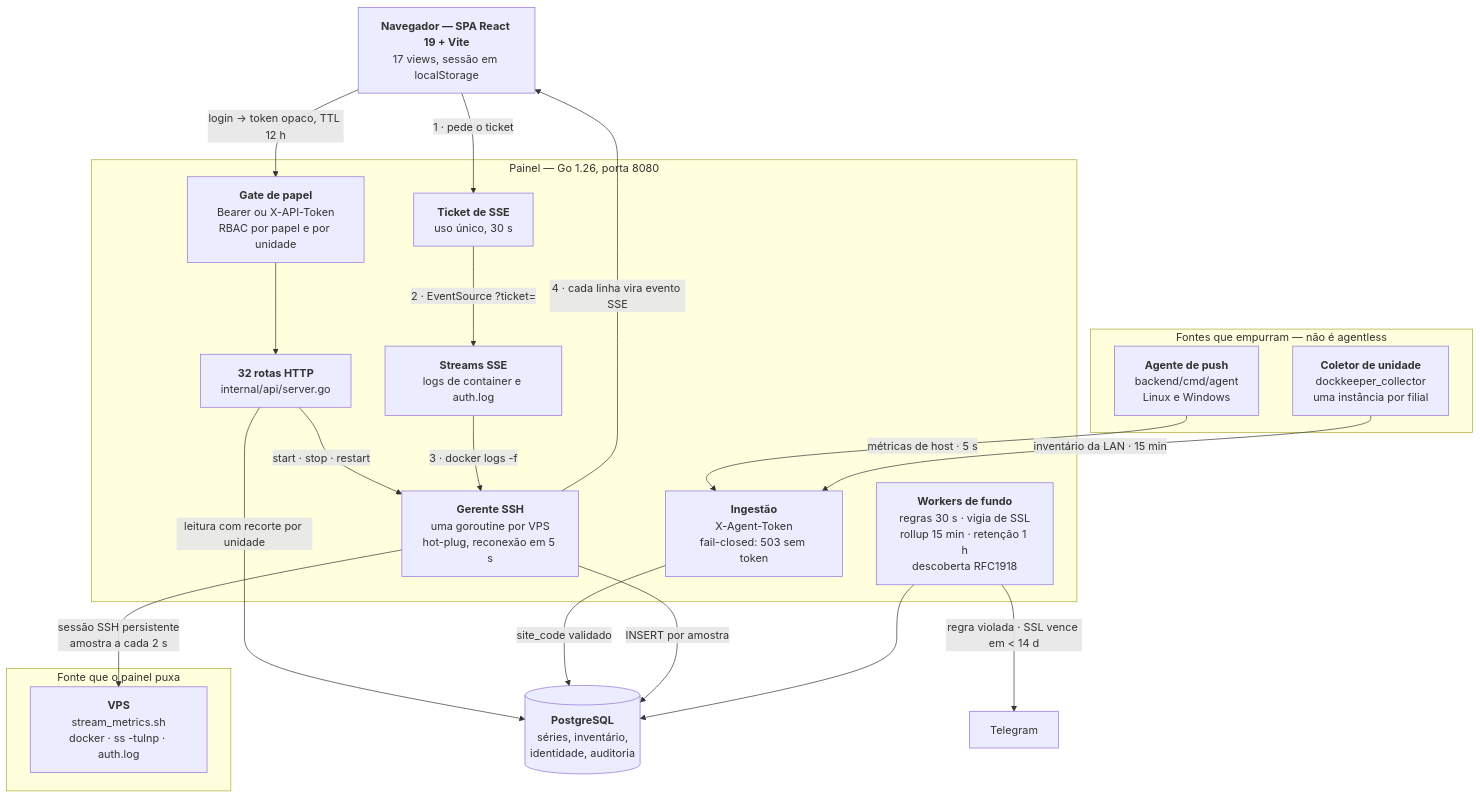
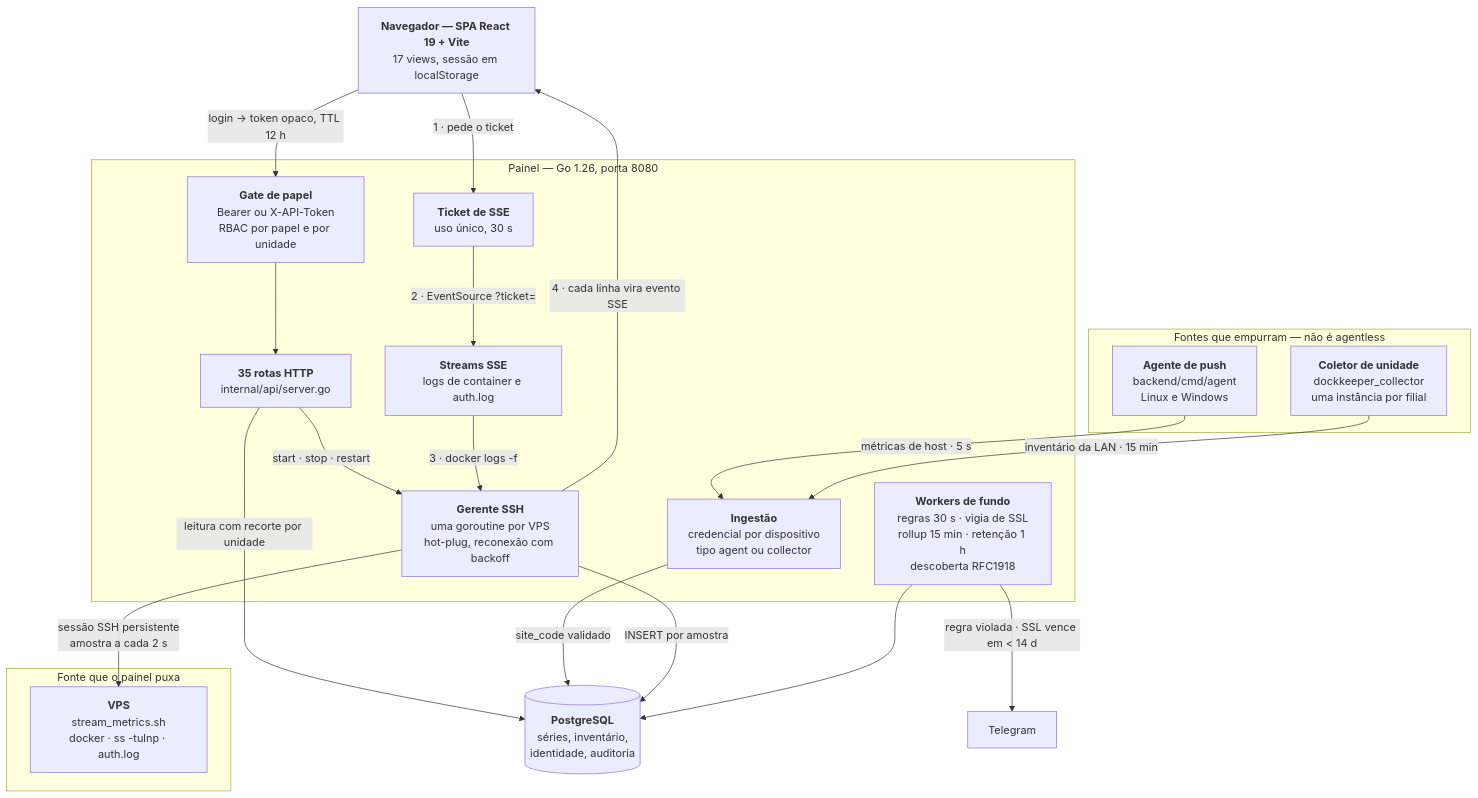
Before and after one commit to jvS0uzx/dock_keeper: the diagram in README.md, drawn with Mermaid. The commit also changed other lines of this file and 317 other files, not shown here.

````diff
--- a/README.md
+++ b/README.md
@@ -66,45 +69,45 @@
 ```mermaid
 flowchart TB
     spa["<b>Navegador — SPA React 19 + Vite</b><br/>17 views, sessão em localStorage"]
 
     subgraph push["Fontes que empurram — não é agentless"]
         agente["<b>Agente de push</b><br/>backend/cmd/agent<br/>Linux e Windows"]
         coletor["<b>Coletor de unidade</b><br/>dockkeeper_collector<br/>uma instância por filial"]
     end
 
     subgraph painel["Painel — Go 1.26, porta 8080"]
         gate["<b>Gate de papel</b><br/>Bearer ou X-API-Token<br/>RBAC por papel e por unidade"]
         ticket["<b>Ticket de SSE</b><br/>uso único, 30 s"]
-        rotas["<b>32 rotas HTTP</b><br/>internal/api/server.go"]
+        rotas["<b>35 rotas HTTP</b><br/>internal/api/server.go"]
         stream["<b>Streams SSE</b><br/>logs de container e auth.log"]
-        ingest["<b>Ingestão</b><br/>X-Agent-Token<br/>fail-closed: 503 sem token"]
-        sshmgr["<b>Gerente SSH</b><br/>uma goroutine por VPS<br/>hot-plug, reconexão em 5 s"]
+        ingest["<b>Ingestão</b><br/>credencial por dispositivo<br/>tipo agent ou collector"]
+        sshmgr["<b>Gerente SSH</b><br/>uma goroutine por VPS<br/>hot-plug, reconexão com backoff"]
         workers["<b>Workers de fundo</b><br/>regras 30 s · vigia de SSL<br/>rollup 15 min · retenção 1 h<br/>descoberta RFC1918"]
     end
 
     subgraph pull["Fonte que o painel puxa"]
         vps["<b>VPS</b><br/>stream_metrics.sh<br/>docker · ss -tulnp · auth.log"]
     end
 
     pg[("<b>PostgreSQL</b><br/>séries, inventário,<br/>identidade, auditoria")]
     tg["Telegram"]
 
     spa -->|"login → token opaco, TTL 12 h"| gate
     spa -->|"1 · pede o ticket"| ticket
     gate --> rotas
     ticket -->|"2 · EventSource ?ticket="| stream
 
     agente -->|"métricas de host · 5 s"| ingest
     coletor -->|"inventário da LAN · 15 min"| ingest
 
     rotas -->|"start · stop · restart"| sshmgr
     stream -->|"3 · docker logs -f"| sshmgr
     sshmgr -->|"sessão SSH persistente<br/>amostra a cada 2 s"| vps
     sshmgr -->|"4 · cada linha vira evento SSE"| spa
 
     rotas -->|"leitura com recorte por unidade"| pg
     ingest -->|"site_code validado"| pg
     sshmgr -->|"INSERT por amostra"| pg
     workers --> pg
     workers -->|"regra violada · SSL vence em < 14 d"| tg
 ```
````
